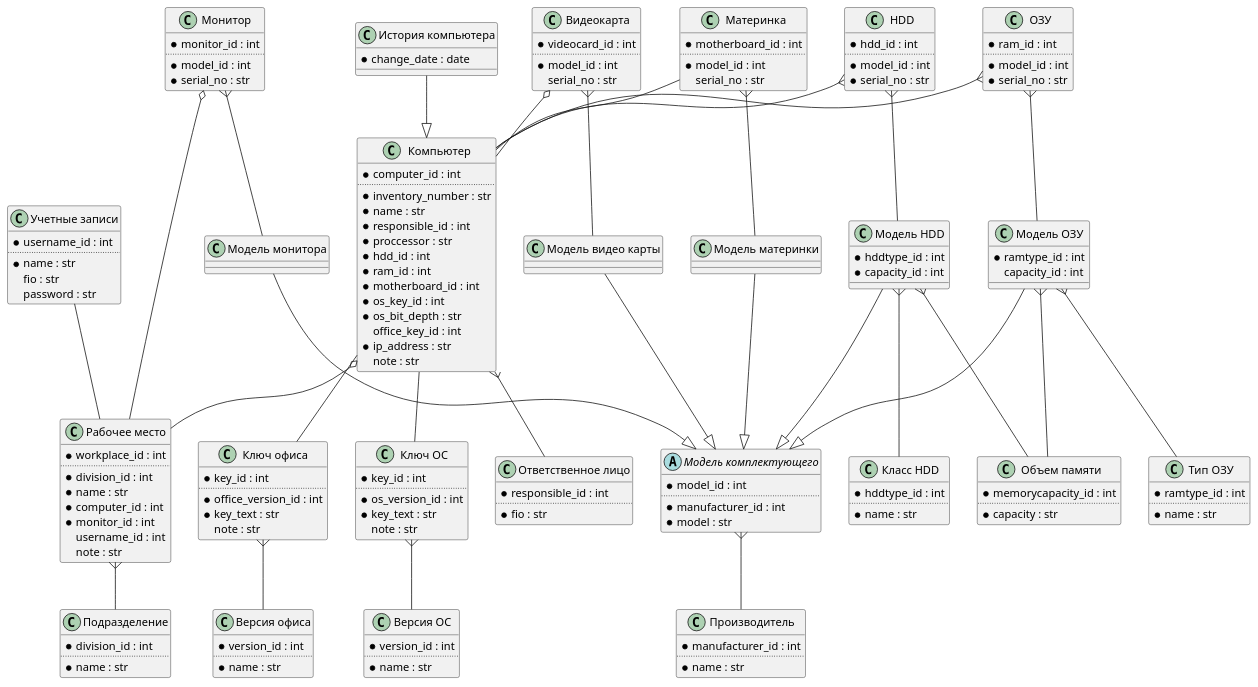
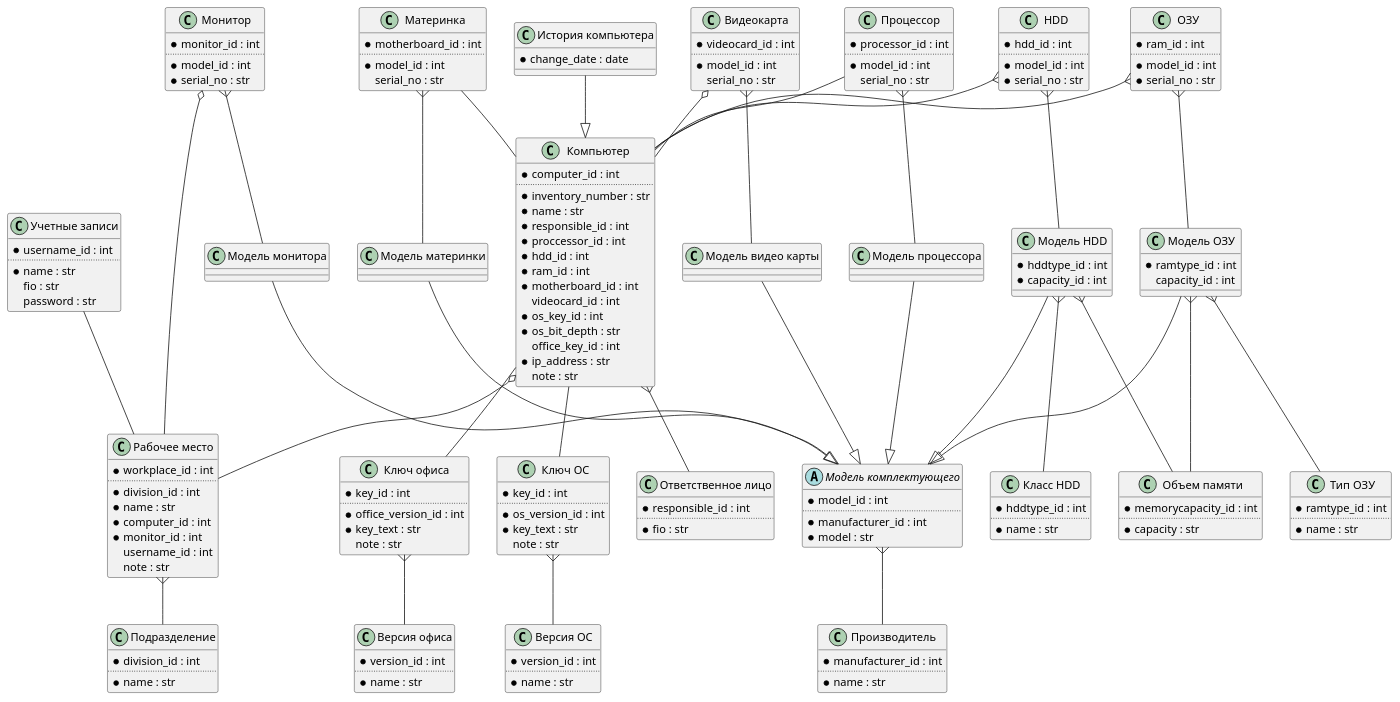
Before and after one commit to IamEvrik/ipce: the diagram in database.plantuml, drawn with PlantUML. The commit also changed 11 other files, not shown here.

Commit message:
feat(Computer): add processor class

```diff
--- a/database.plantuml
+++ b/database.plantuml
@@ -51,10 +51,11 @@
 	{field} *inventory_number : str
 	{field} *name : str
 	{field} *responsible_id : int
-	{field} *proccessor : str
+	{field} *proccessor_id : int
 	{field} *hdd_id : int
 	{field} *ram_id : int
 	{field} *motherboard_id : int
+	{field} videocard_id : int
 	{field} *os_key_id : int
 	{field} *os_bit_depth : str
 	{field} office_key_id : int
@@ -166,6 +167,16 @@
 	{field} serial_no : str
 }
 
+class "Модель процессора" as ProcessorModel {
+}
+
+class "Процессор" as Processor {
+	{field} *processor_id : int
+	..
+	{field} *model_id : int
+	{field} serial_no : str
+}
+
 OfficeKey }-- OfficeVersion
 OSKey }-- OSVersion
 WorkPlace }-- Division	
@@ -195,5 +206,8 @@
 VideocardModel --|> AbstractAccessoryModel
 Videocard }-- VideocardModel
 Videocard o-- Computer		
+ProcessorModel --|> AbstractAccessoryModel
+Processor }-- ProcessorModel
+Processor -- Computer
 
 @enduml
```
